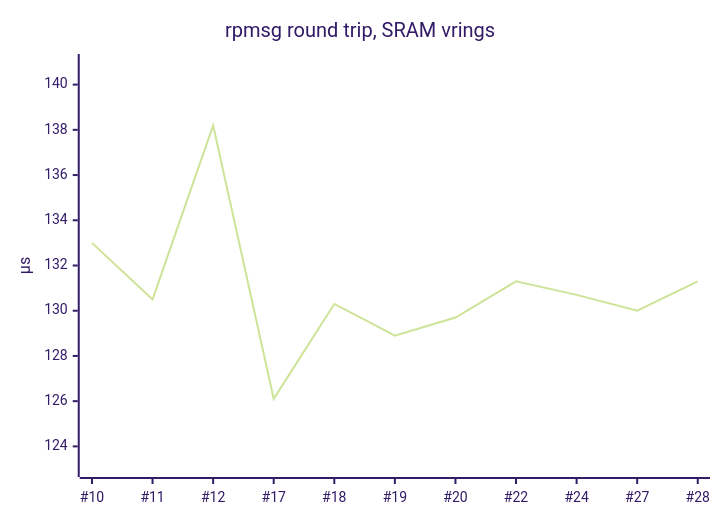
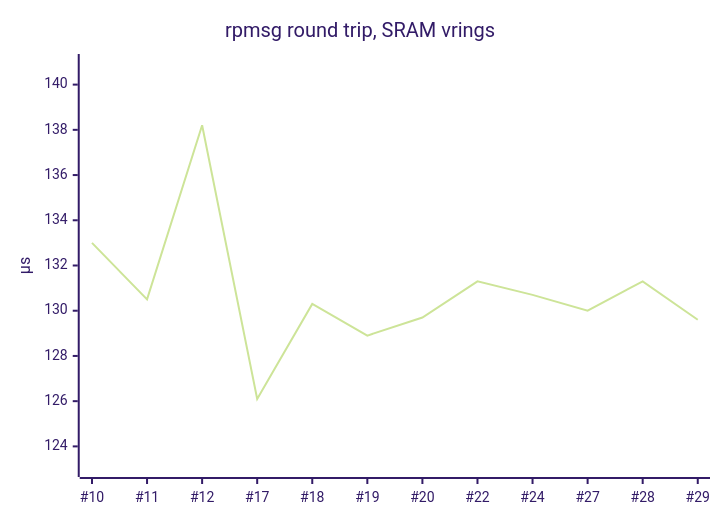
Before and after one commit to tcmichals/cubie-a5e: the second of 4 diagrams in wiki/Full-Sweep-Tests.md, drawn with Mermaid (forest theme). The commit also changed other lines of this file and 7 other files, not shown here.

````diff
--- a/wiki/Full-Sweep-Tests.md
+++ b/wiki/Full-Sweep-Tests.md
@@ -60,7 +60,7 @@
 ```mermaid
 xychart-beta
     title "rpmsg round trip, SRAM vrings"
-    x-axis ["#10", "#11", "#12", "#17", "#18", "#19", "#20", "#22", "#24", "#27", "#28"]
+    x-axis ["#10", "#11", "#12", "#17", "#18", "#19", "#20", "#22", "#24", "#27", "#28", "#29"]
     y-axis "µs" 123 --> 141
-    line [133.0, 130.5, 138.2, 126.1, 130.3, 128.9, 129.7, 131.3, 130.7, 130.0, 131.3]
+    line [133.0, 130.5, 138.2, 126.1, 130.3, 128.9, 129.7, 131.3, 130.7, 130.0, 131.3, 129.6]
 ```
````
